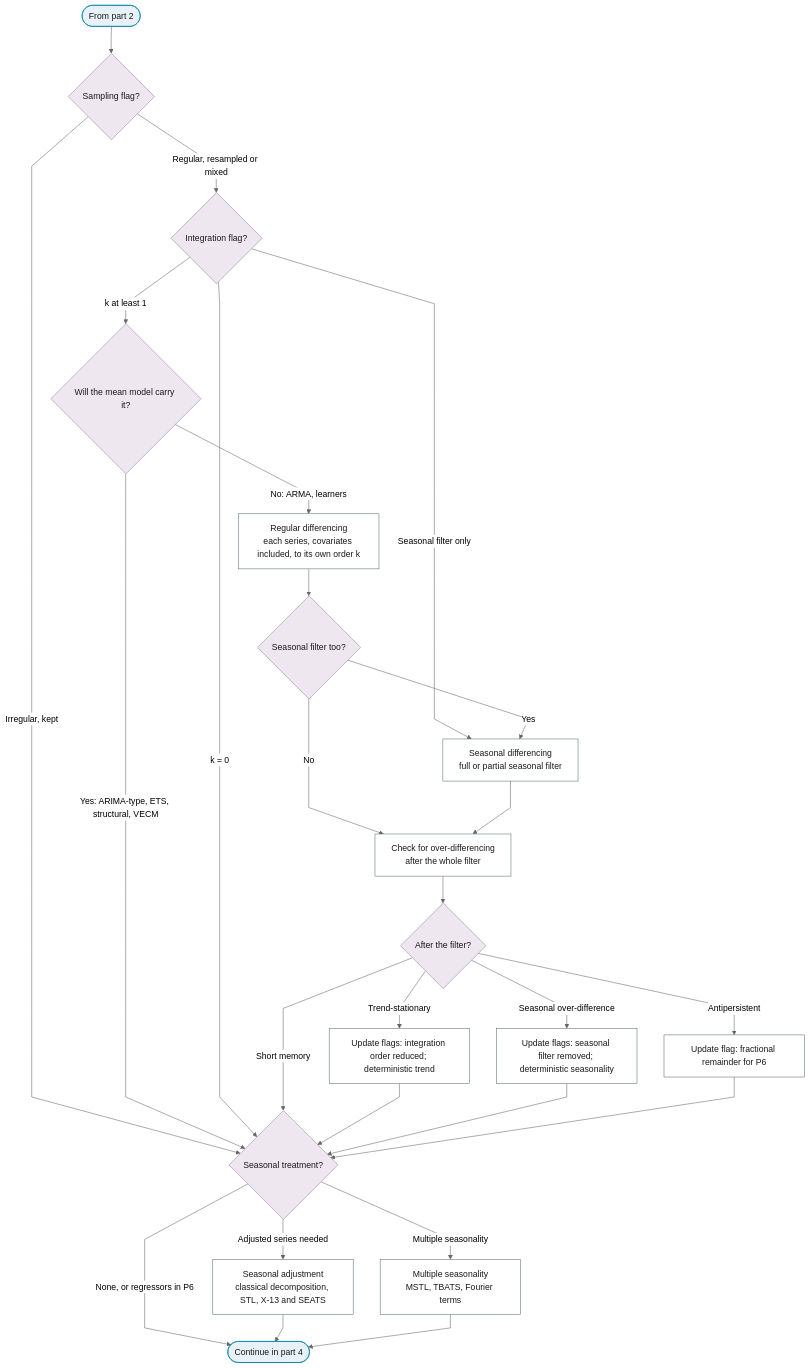
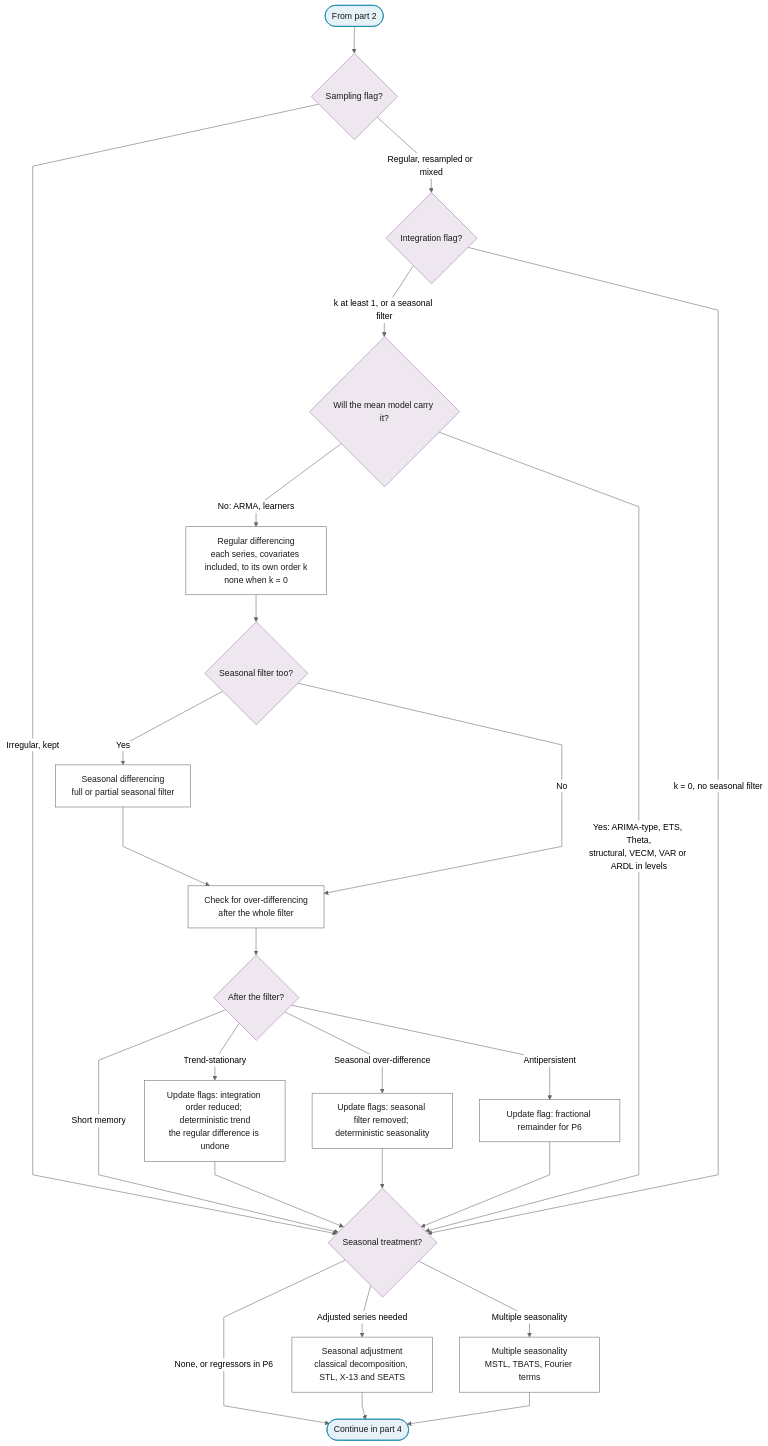
One commit to Shuxin-Y/time-series-analysis-manual changed the third of 6 diagrams in docs/01-workflow/p04-transformations.md. Above: the diagram before and after it, drawn with Mermaid (neutral theme). The commit also changed other lines of this file and 14 other files, not shown here.

````diff
--- a/docs/01-workflow/p04-transformations.md
+++ b/docs/01-workflow/p04-transformations.md
@@ -81,37 +81,36 @@
 ```mermaid
 %%{init: {"flowchart": {"curve": "linear"}}}%%
 graph TD
     P4_PART_3_IN(["From part 2"]) --> P4_GRID{"Sampling flag?"}
     P4_GRID -->|"Irregular, kept"| P4_SEASON
     P4_GRID -->|"Regular, resampled or mixed"| P4_INTEGRATION{"Integration flag?"}
-    P4_INTEGRATION -->|"k at least 1"| P4_CLASS{"Will the mean model carry it?"}
-    P4_CLASS -->|"No: ARMA, learners"| P4_DIFFERENCE["Regular differencing<br/>each series, covariates included, to its own order k"]
-    P4_CLASS -->|"Yes: ARIMA-type, ETS, structural, VECM"| P4_SEASON
-    P4_INTEGRATION -->|"Seasonal filter only"| P4_SEASONAL_DIFFERENCE
-    P4_INTEGRATION -->|"k = 0"| P4_SEASON
+    P4_INTEGRATION -->|"k at least 1, or a seasonal filter"| P4_CLASS{"Will the mean model carry it?"}
+    P4_CLASS -->|"No: ARMA, learners"| P4_DIFFERENCE["Regular differencing<br/>each series, covariates included, to its own order k<br/>none when k = 0"]
+    P4_CLASS -->|"Yes: ARIMA-type, ETS, Theta,<br/>structural, VECM, VAR or ARDL in levels"| P4_SEASON
+    P4_INTEGRATION -->|"k = 0, no seasonal filter"| P4_SEASON
     P4_DIFFERENCE --> P4_SEASONAL_FILTER{"Seasonal filter too?"}
     P4_SEASONAL_FILTER -->|"Yes"| P4_SEASONAL_DIFFERENCE["Seasonal differencing<br/>full or partial seasonal filter"]
     P4_SEASONAL_FILTER -->|"No"| P4_OVERDIFFERENCING
     P4_SEASONAL_DIFFERENCE --> P4_OVERDIFFERENCING["Check for over-differencing<br/>after the whole filter"]
     P4_OVERDIFFERENCING --> P4_DIFF_VERDICT{"After the filter?"}
     P4_DIFF_VERDICT -->|"Short memory"| P4_SEASON
-    P4_DIFF_VERDICT -->|"Trend-stationary"| P4_TREND_FLAG["Update flags: integration order reduced; deterministic trend"]
+    P4_DIFF_VERDICT -->|"Trend-stationary"| P4_TREND_FLAG["Update flags: integration order reduced; deterministic trend<br/>the regular difference is undone"]
     P4_DIFF_VERDICT -->|"Seasonal over-difference"| P4_SEASON_FLAG["Update flags: seasonal filter removed; deterministic seasonality"]
     P4_DIFF_VERDICT -->|"Antipersistent"| P4_FRACTIONAL_FLAG["Update flag: fractional remainder for P6"]
     P4_TREND_FLAG & P4_SEASON_FLAG & P4_FRACTIONAL_FLAG --> P4_SEASON{"Seasonal treatment?"}
     P4_SEASON -->|"None, or regressors in P6"| P4_PART_3_OUT(["Continue in part 4"])
     P4_SEASON -->|"Adjusted series needed"| P4_SEASONAL_ADJUSTMENT["Seasonal adjustment<br/>classical decomposition, STL, X-13 and SEATS"]
     P4_SEASON -->|"Multiple seasonality"| P4_MULTIPLE_SEASONALITY["Multiple seasonality<br/>MSTL, TBATS, Fourier terms"]
     P4_SEASONAL_ADJUSTMENT & P4_MULTIPLE_SEASONALITY --> P4_PART_3_OUT
     class P4_PART_3_IN,P4_PART_3_OUT terminator
     class P4_GRID,P4_INTEGRATION,P4_CLASS,P4_SEASONAL_FILTER,P4_DIFF_VERDICT,P4_SEASON decision
     class P4_DIFFERENCE,P4_SEASONAL_DIFFERENCE,P4_OVERDIFFERENCING,P4_TREND_FLAG,P4_SEASON_FLAG,P4_FRACTIONAL_FLAG,P4_SEASONAL_ADJUSTMENT,P4_MULTIPLE_SEASONALITY process
     classDef terminator fill:#E6F2F7,stroke:#007BA7,color:#1A1A1A;
     classDef process fill:#FFFFFF,stroke:#5A6B73,color:#1A1A1A;
     classDef decision fill:#EFE7F0,stroke:#9B7FA7,color:#1A1A1A;
     classDef data fill:#FFF4E0,stroke:#C9A55E,color:#1A1A1A;
     classDef good fill:#DCEFD8,stroke:#4A7A3F,color:#1A1A1A;
     classDef escalate fill:#FFE9C2,stroke:#C9A55E,color:#1A1A1A;
     classDef problem fill:#F2D9DE,stroke:#800020,color:#1A1A1A;
     classDef ref fill:#F7F7F7,stroke:#5A6B73,color:#1A1A1A,stroke-dasharray:4 3;
 ```
````
